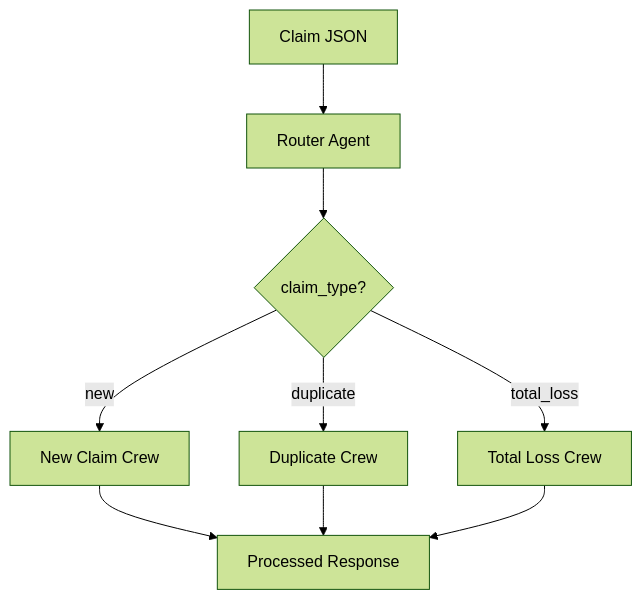
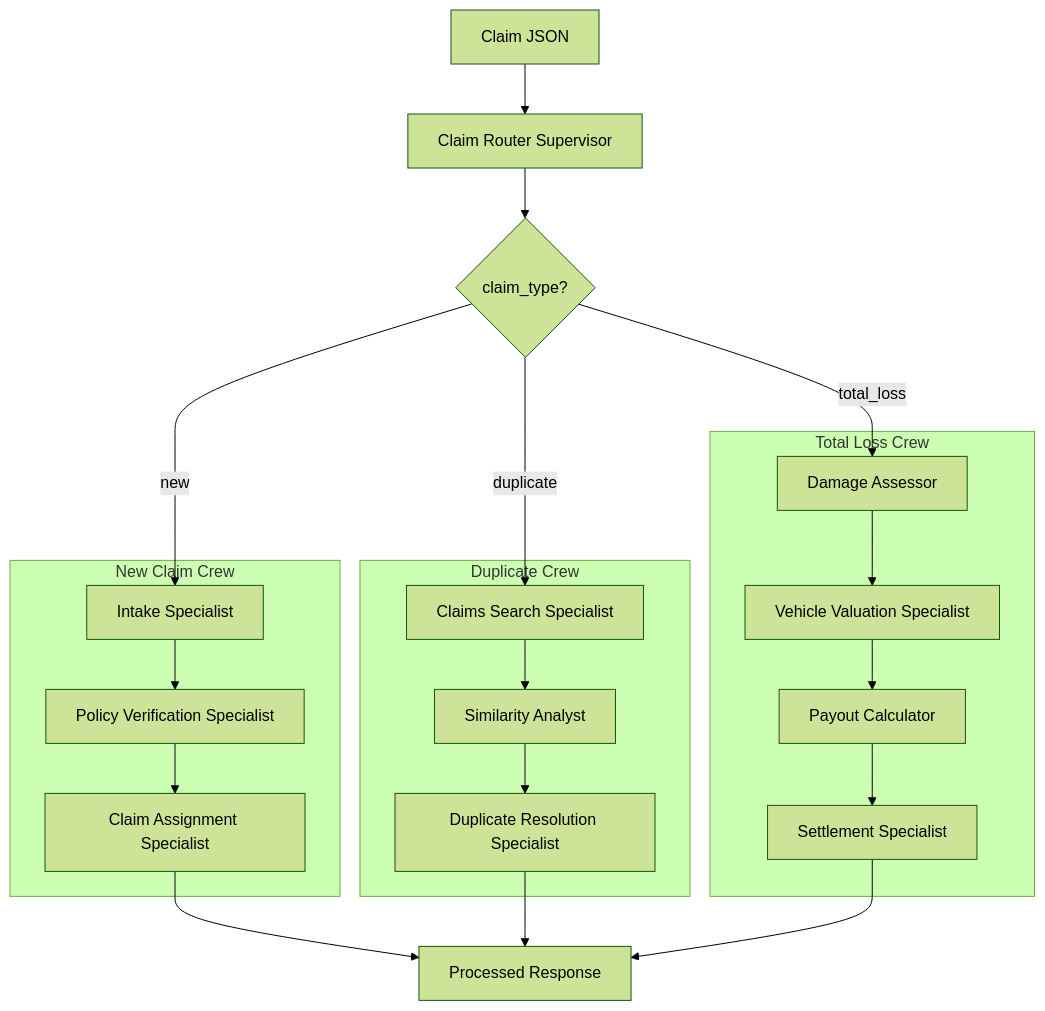
One commit to csmangum/auto-agent changed the diagram in README.md. Above: the diagram before and after it, drawn with Mermaid (forest theme). The commit also changed other lines of this file and 2 other files, not shown here.

````diff
--- a/README.md
+++ b/README.md
@@ -44,11 +15,34 @@
 ```mermaid
 flowchart TB
-    A[Claim JSON] --> B[Router Agent]
+    A[Claim JSON] --> B[Claim Router Supervisor]
     B --> C{claim_type?}
-    C -->|new| D[New Claim Crew]
-    C -->|duplicate| E[Duplicate Crew]
-    C -->|total_loss| F[Total Loss Crew]
-    D --> G[Processed Response]
-    E --> G
-    F --> G
+
+    subgraph New["New Claim Crew"]
+        D1[Intake Specialist]
+        D2[Policy Verification Specialist]
+        D3[Claim Assignment Specialist]
+        D1 --> D2 --> D3
+    end
+
+    subgraph Dup["Duplicate Crew"]
+        E1[Claims Search Specialist]
+        E2[Similarity Analyst]
+        E3[Duplicate Resolution Specialist]
+        E1 --> E2 --> E3
+    end
+
+    subgraph Total["Total Loss Crew"]
+        F1[Damage Assessor]
+        F2[Vehicle Valuation Specialist]
+        F3[Payout Calculator]
+        F4[Settlement Specialist]
+        F1 --> F2 --> F3 --> F4
+    end
+
+    C -->|new| D1
+    C -->|duplicate| E1
+    C -->|total_loss| F1
+    D3 --> G[Processed Response]
+    E3 --> G
+    F4 --> G
 ```
````
